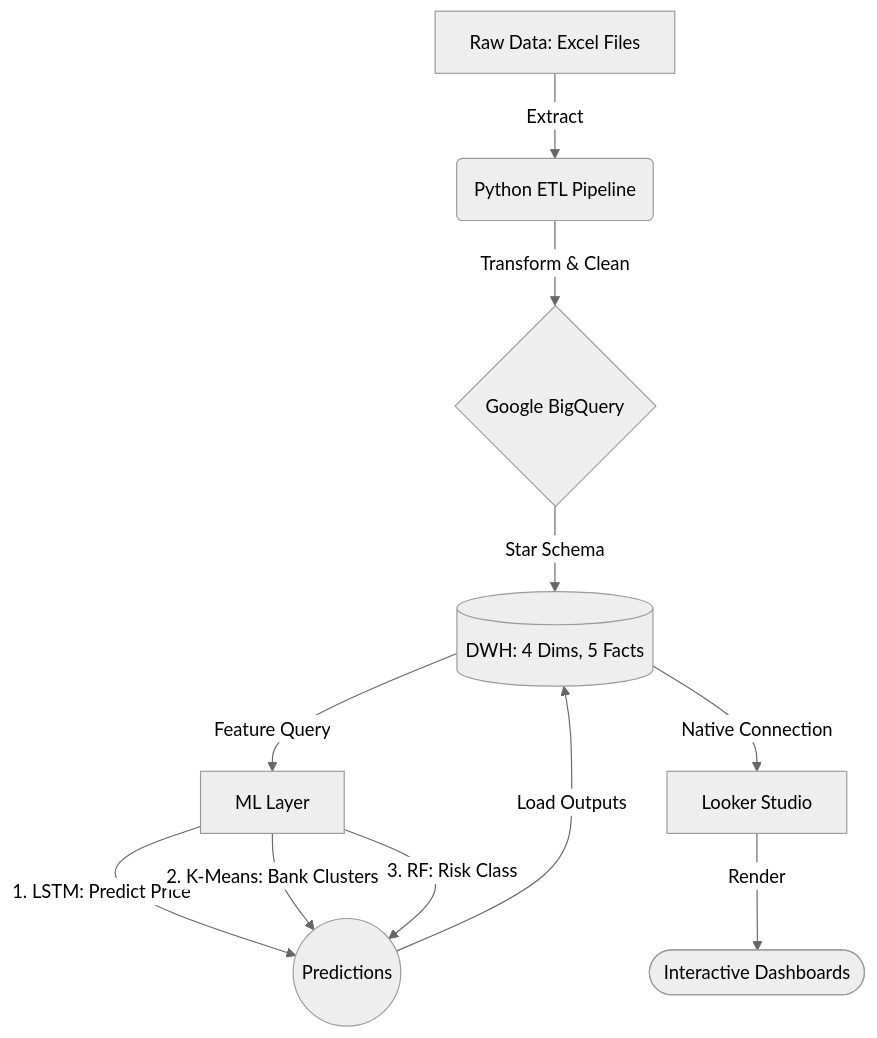
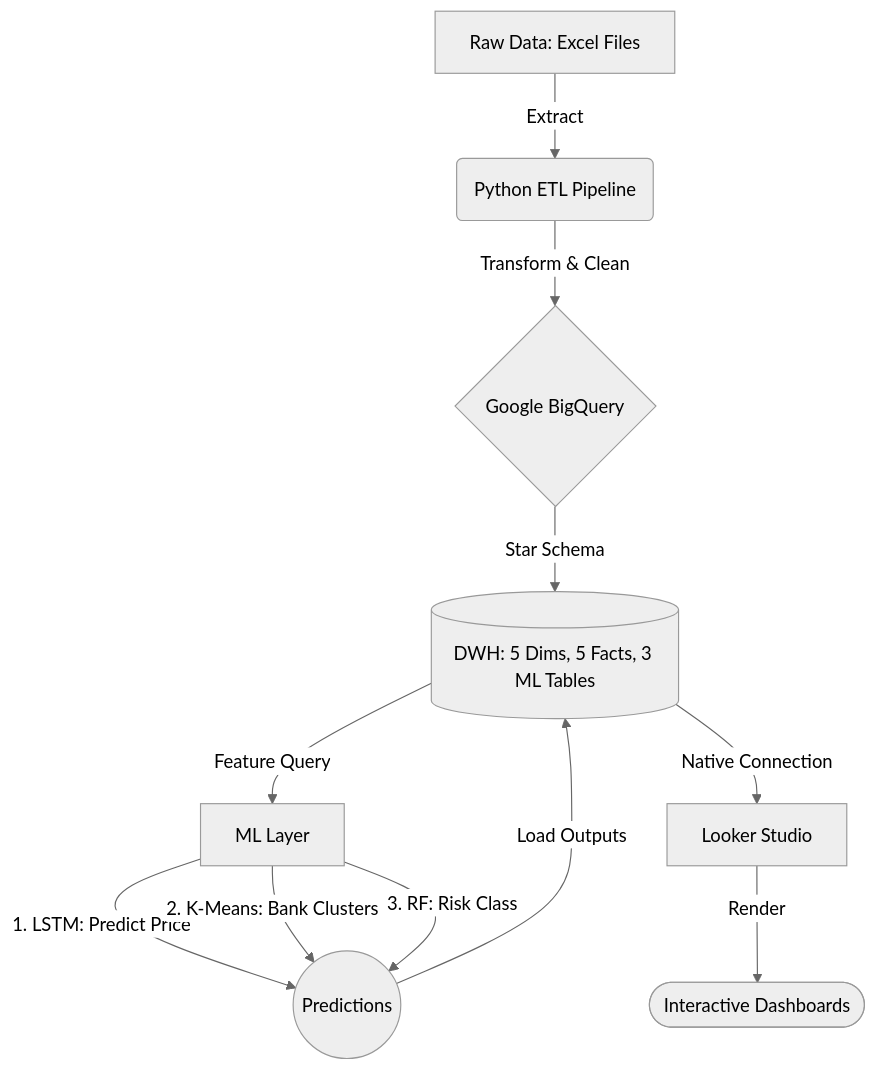
Before and after one commit to darktheDE/vn-banking-dwh-analytics: the diagram in docs/system-arch.md, drawn with Mermaid (neutral theme). The commit also changed other lines of this file and 5 other files, not shown here.

Commit message:
docs: initialize project documentation including data dictionary, PRD, star schema, and system architecture

````diff
--- a/docs/system-arch.md
+++ b/docs/system-arch.md
@@ -74,17 +75,17 @@
 ```mermaid
 graph TD
     A[Raw Data: Excel Files] -->|Extract| B(Python ETL Pipeline)
     B -->|Transform & Clean| C{Google BigQuery}
 
-    C -->|Star Schema| D[(DWH: 4 Dims, 5 Facts)]
+    C -->|Star Schema| D[(DWH: 5 Dims, 5 Facts, 3 ML Tables)]
 
     D -->|Feature Query| E[ML Layer]
     E -->|1. LSTM: Predict Price| E1((Predictions))
     E -->|2. K-Means: Bank Clusters| E1
     E -->|3. RF: Risk Class| E1
 
     E1 -->|Load Outputs| D
 
     D -->|Native Connection| F[Looker Studio]
     F -->|Render| G([Interactive Dashboards])
 ```
````
